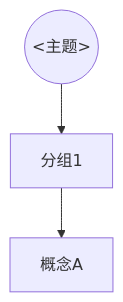
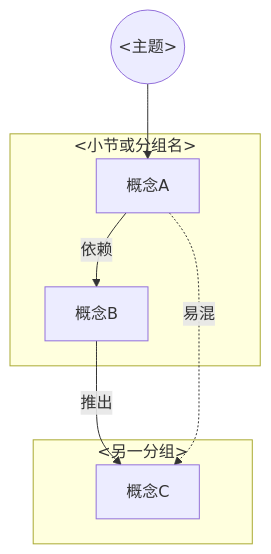
Before and after one commit to lucky-Luor/bilibili-douyin-notes: the diagram in references/note-template.md, drawn with Mermaid. The commit also changed other lines of this file and 13 other files, not shown here.

First line of the commit message:
feat(screenshot): 截图清单模式、锚点按视频隔离与 OSS 上传

````diff
--- a/references/note-template.md
+++ b/references/note-template.md
@@ -192,6 +202,13 @@
 ```mermaid
 graph TD
   R((<主题>))
-  R --> G1[分组1]
-  G1 --> L2[概念A]
+  subgraph S1[<小节或分组名>]
+    A[概念A] -->|依赖| B[概念B]
+  end
+  subgraph S2[<另一分组>]
+    C[概念C]
+  end
+  R --> A
+  B -->|推出| C
+  A -.->|易混| C
 ```
````
